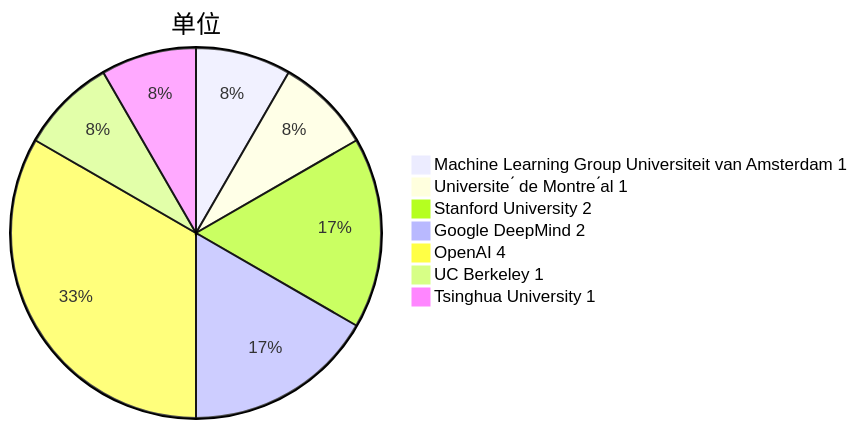
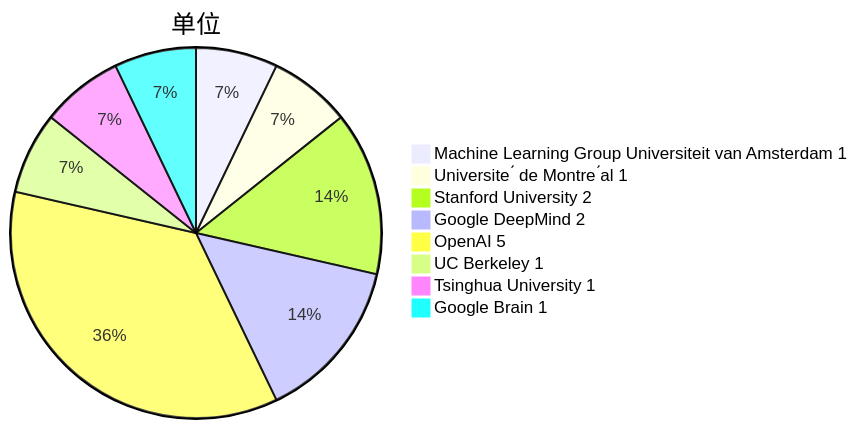
The third of 5 diagrams in Base_Model/GAN+VAE+Diffusion/analyse.md (Elephant-King9/Paper), drawn with Mermaid before and after one commit. The commit also changed other lines of this file and 5 other files, not shown here.

````diff
--- a/Base_Model/GAN+VAE+Diffusion/analyse.md
+++ b/Base_Model/GAN+VAE+Diffusion/analyse.md
@@ -46,10 +50,11 @@
 ```mermaid
 pie title 单位
     "Machine Learning Group Universiteit van Amsterdam 1" : 1
     "Universite ́ de Montre ́al 1" : 1
     "Stanford University 2" : 2
     "Google DeepMind 2" : 2
-    "OpenAI 4" : 4
+    "OpenAI 5" : 5
     "UC Berkeley 1" : 1
     "Tsinghua University 1" : 1
+    "Google Brain 1" : 1
 ```
````
